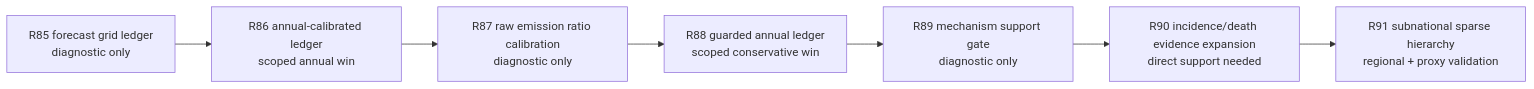
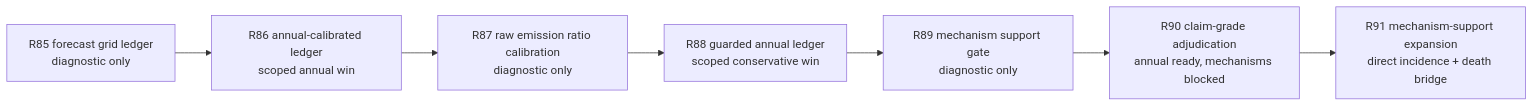
One commit to gauravshajepal-hash/ModelHIV-PH changed the fifth of 5 diagrams in README.md. Above: the diagram before and after it, drawn with Mermaid. The commit also changed other lines of this file and 4 other files, not shown here.

Commit message:
Add R90 claim-grade gate

````diff
--- a/README.md
+++ b/README.md
@@ -282,9 +299,9 @@
 ```mermaid
 flowchart LR
     R85["R85 forecast grid ledger<br/>diagnostic only"] --> R86["R86 annual-calibrated ledger<br/>scoped annual win"]
     R86 --> R87["R87 raw emission ratio calibration<br/>diagnostic only"]
     R87 --> R88["R88 guarded annual ledger<br/>scoped conservative win"]
     R88 --> R89["R89 mechanism support gate<br/>diagnostic only"]
-    R89 --> R90["R90 incidence/death evidence expansion<br/>direct support needed"]
-    R90 --> R91["R91 subnational sparse hierarchy<br/>regional + proxy validation"]
+    R89 --> R90["R90 claim-grade adjudication<br/>annual ready, mechanisms blocked"]
+    R90 --> R91["R91 mechanism-support expansion<br/>direct incidence + death bridge"]
 ```
````
